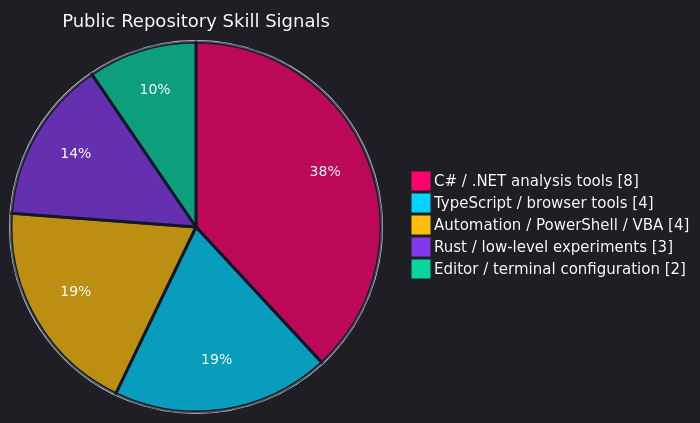
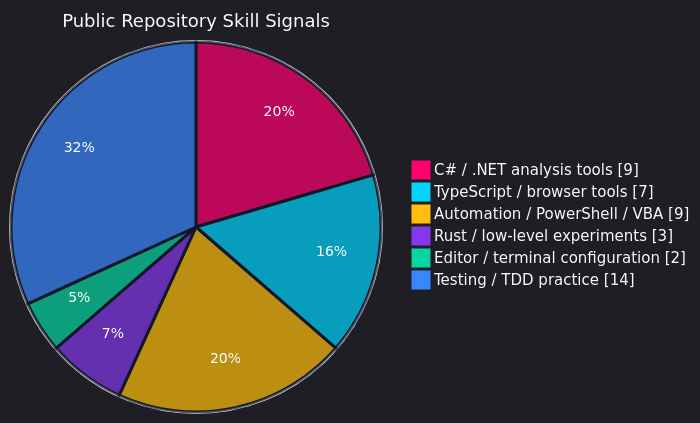
The first of 4 diagrams in README.md (SSsan-00/SSsan-00), drawn with Mermaid before and after one commit. The commit also changed other lines of this file and 2 other files, not shown here.

````diff
--- a/README.md
+++ b/README.md
@@ -32,10 +34,11 @@
 ```mermaid
-%%{init: {"theme": "dark", "themeVariables": {"background": "#0f172a", "mainBkg": "#0f172a", "textColor": "#f8fafc", "primaryTextColor": "#f8fafc", "pie1": "#ff006e", "pie2": "#00d4ff", "pie3": "#ffbe0b", "pie4": "#8338ec", "pie5": "#06d6a0", "pieStrokeColor": "#0f172a", "pieStrokeWidth": "3px", "pieOuterStrokeColor": "#f8fafc", "pieOuterStrokeWidth": "2px", "pieTitleTextColor": "#f8fafc", "pieTitleTextSize": "18px", "pieLegendTextColor": "#f8fafc", "pieLegendTextSize": "15px", "pieSectionTextColor": "#ffffff", "pieSectionTextSize": "14px"}}}%%
+%%{init: {"theme":"dark","themeVariables":{"background":"#0f172a","mainBkg":"#0f172a","textColor":"#f8fafc","primaryTextColor":"#f8fafc","pieStrokeColor":"#0f172a","pieStrokeWidth":"3px","pieOuterStrokeColor":"#f8fafc","pieOuterStrokeWidth":"2px","pieTitleTextColor":"#f8fafc","pieTitleTextSize":"18px","pieLegendTextColor":"#f8fafc","pieLegendTextSize":"15px","pieSectionTextColor":"#ffffff","pieSectionTextSize":"14px","pie1":"#ff006e","pie2":"#00d4ff","pie3":"#ffbe0b","pie4":"#8338ec","pie5":"#06d6a0","pie6":"#3a86ff"}}}%%
 pie showData
   title Public Repository Skill Signals
-  "C# / .NET analysis tools" : 8
-  "TypeScript / browser tools" : 4
-  "Automation / PowerShell / VBA" : 4
+  "C# / .NET analysis tools" : 9
+  "TypeScript / browser tools" : 7
+  "Automation / PowerShell / VBA" : 9
   "Rust / low-level experiments" : 3
   "Editor / terminal configuration" : 2
+  "Testing / TDD practice" : 14
 ```
````
